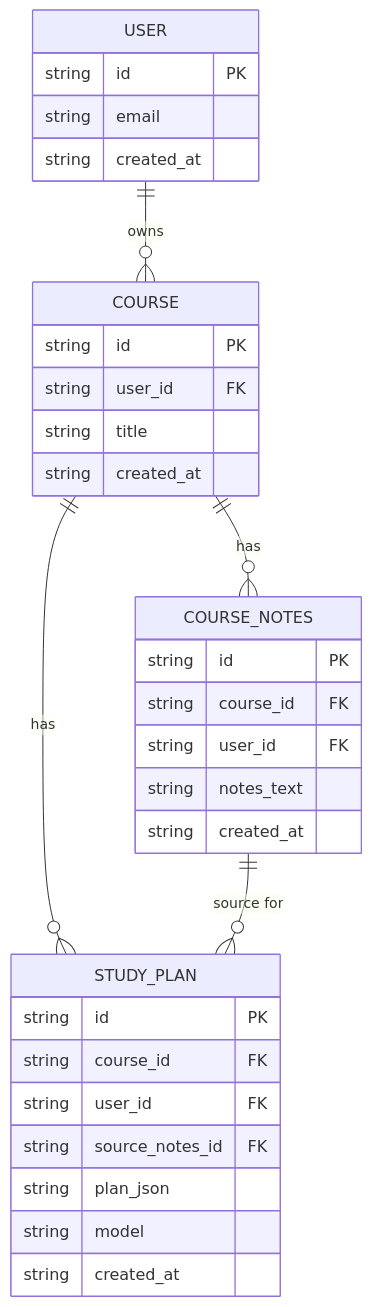
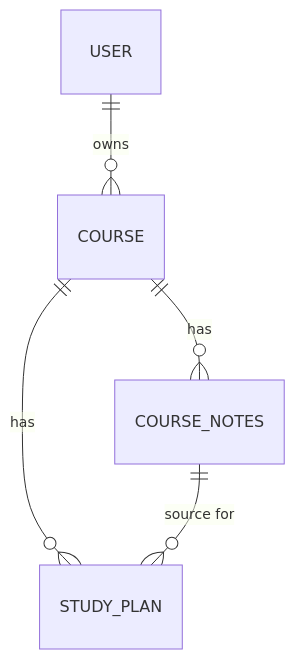
Before and after one commit to anouribrahim10/GradePilot: the second of 3 diagrams in SystemArchitecture.md, drawn with Mermaid. The commit also changed other lines of this file, not shown here.

Commit message:
docs: simplify all three architecture diagrams

````diff
--- a/SystemArchitecture.md
+++ b/SystemArchitecture.md
@@ -56,34 +25,7 @@
 ```mermaid
 erDiagram
-    USER {
-        string id PK
-        string email
-        string created_at
-    }
-    COURSE {
-        string id PK
-        string user_id FK
-        string title
-        string created_at
-    }
-    COURSE_NOTES {
-        string id PK
-        string course_id FK
-        string user_id FK
-        string notes_text
-        string created_at
-    }
-    STUDY_PLAN {
-        string id PK
-        string course_id FK
-        string user_id FK
-        string source_notes_id FK
-        string plan_json
-        string model
-        string created_at
-    }
-    USER ||--o{ COURSE : "owns"
-    COURSE ||--o{ COURSE_NOTES : "has"
-    COURSE ||--o{ STUDY_PLAN : "has"
+    USER ||--o{ COURSE : owns
+    COURSE ||--o{ COURSE_NOTES : has
+    COURSE ||--o{ STUDY_PLAN : has
     COURSE_NOTES ||--o{ STUDY_PLAN : "source for"
 ```
````
